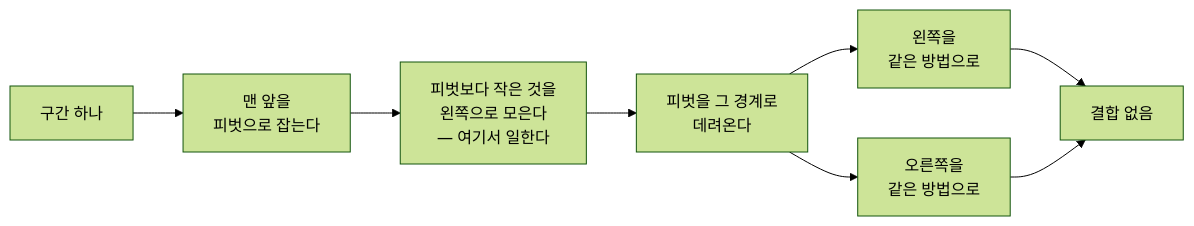
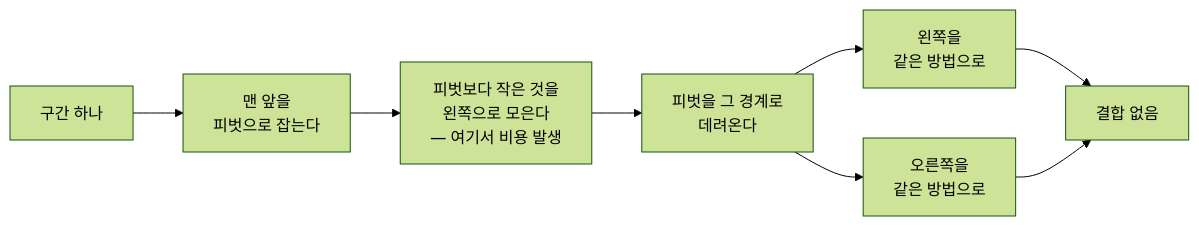
The fifth of 10 diagrams in report/REPORT.md (SungHyuk108/Advanced_algorithm_SungHyukKim_Comparing_Sorting), drawn with Mermaid (forest theme) before and after one commit. The commit also changed other lines of this file and 1 other file, not shown here.

````diff
--- a/report/REPORT.md
+++ b/report/REPORT.md
@@ -233,10 +234,10 @@
 ```mermaid
 flowchart LR
     A["구간 하나"] --> B["맨 앞을<br/>피벗으로 잡는다"]
-    B --> C["피벗보다 작은 것을<br/>왼쪽으로 모은다<br/>— 여기서 일한다"]
+    B --> C["피벗보다 작은 것을<br/>왼쪽으로 모은다<br/>— 여기서 비용 발생"]
     C --> D["피벗을 그 경계로<br/>데려온다"]
     D --> L["왼쪽을<br/>같은 방법으로"]
     D --> R["오른쪽을<br/>같은 방법으로"]
     L --> Z["결합 없음"]
     R --> Z
 ```
````
